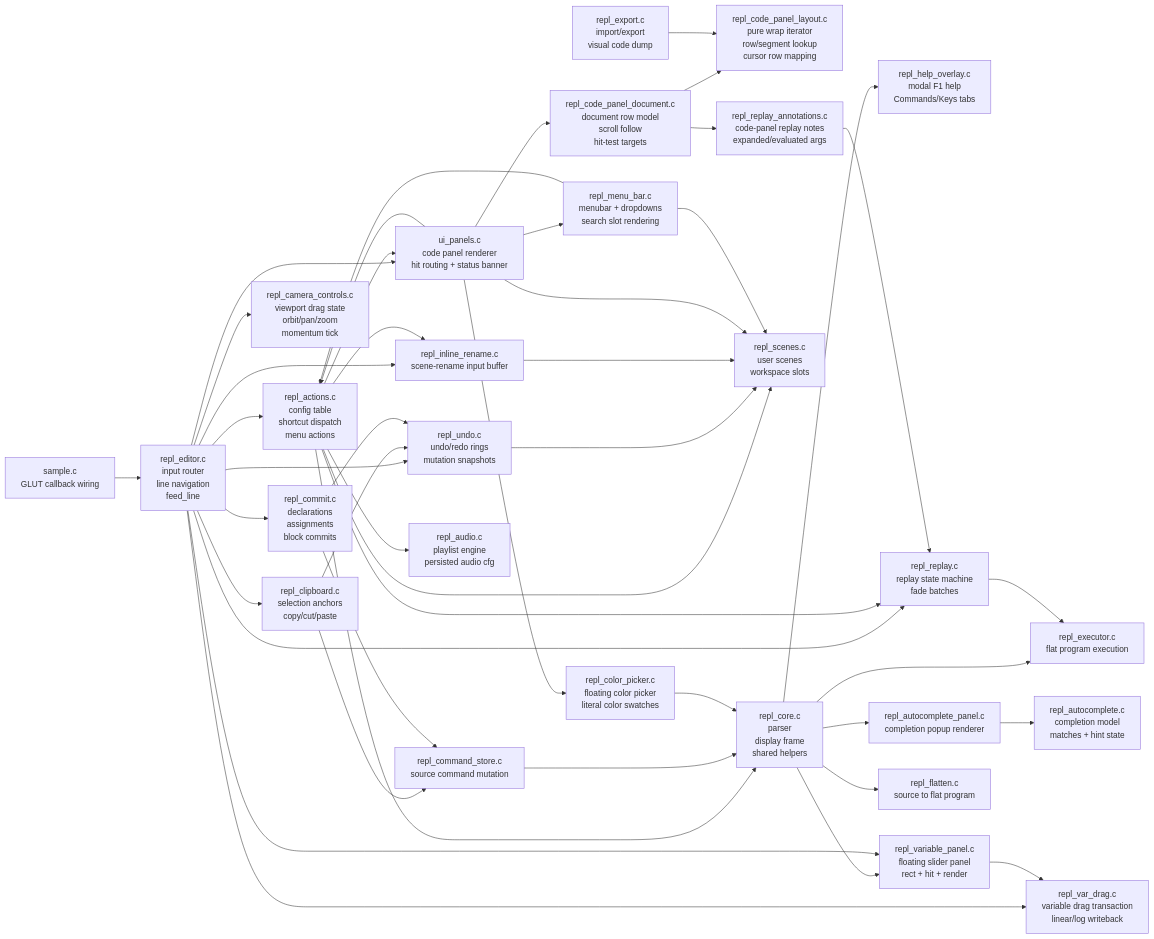
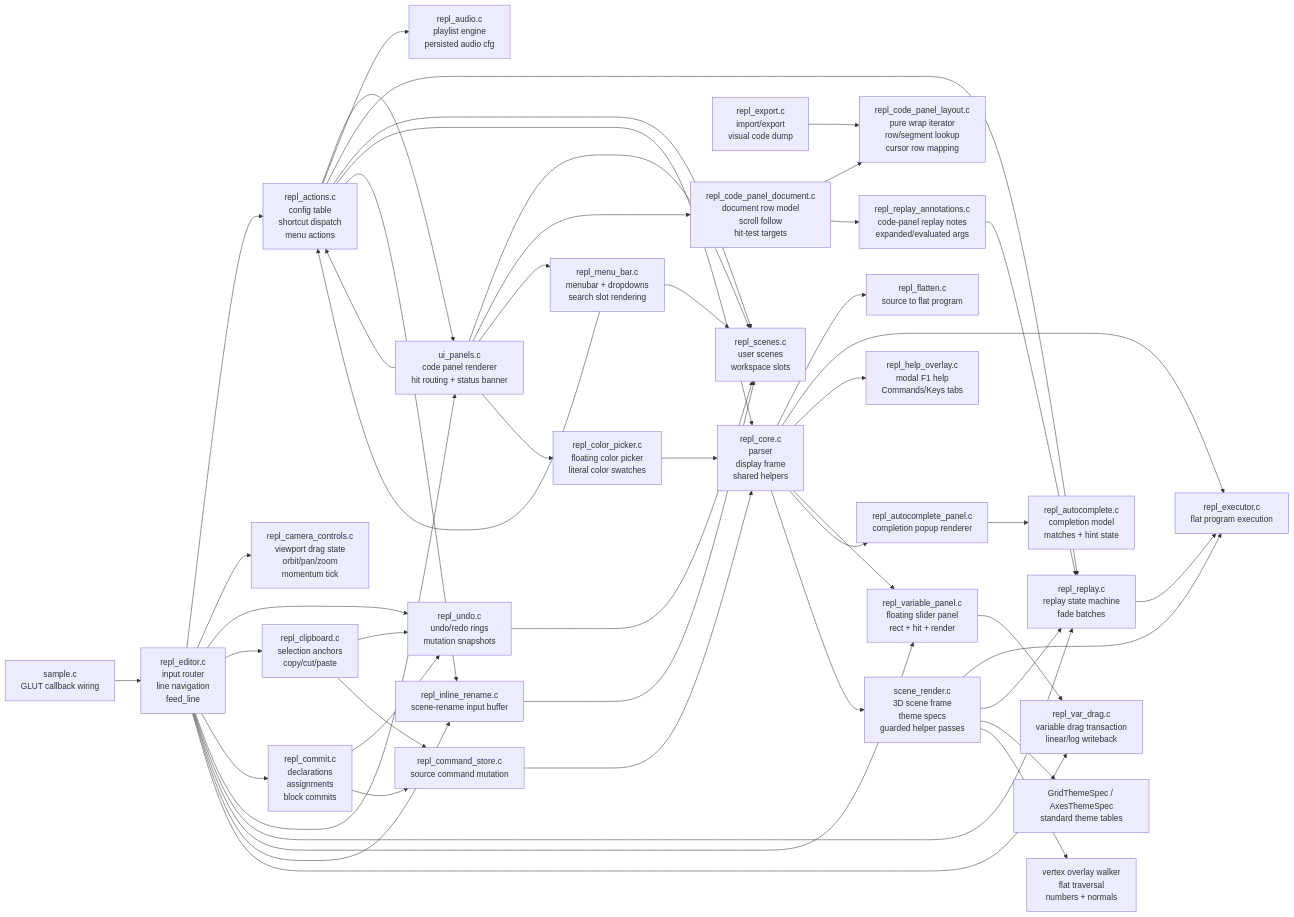
One commit to drewwoods/gl-repl changed the diagram in REPL_REFACTOR_MAP.md. Above: the diagram before and after it, drawn with Mermaid. The commit also changed other lines of this file and 8 other files, not shown here.

First line of the commit message:
refactor: consolidate scene render helpers

```diff
--- a/REPL_REFACTOR_MAP.md
+++ b/REPL_REFACTOR_MAP.md
@@ -31,6 +31,9 @@
     export["repl_export.c<br/>import/export<br/>visual code dump"]
     audio["repl_audio.c<br/>playlist engine<br/>persisted audio cfg"]
     replay["repl_replay.c<br/>replay state machine<br/>fade batches"]
+    scene["scene_render.c<br/>3D scene frame<br/>theme specs<br/>guarded helper passes"]
+    scene_theme["GridThemeSpec / AxesThemeSpec<br/>standard theme tables"]
+    scene_overlay["vertex overlay walker<br/>flat traversal<br/>numbers + normals"]
     scenes["repl_scenes.c<br/>user scenes<br/>workspace slots"]
     core["repl_core.c<br/>parser<br/>display frame<br/>shared helpers"]
     flatten["repl_flatten.c<br/>source to flat program"]
@@ -71,6 +74,11 @@
     rename --> scenes
     varpanel --> vardrag
     replay --> exec
+    core --> scene
+    scene --> exec
+    scene --> replay
+    scene --> scene_theme
+    scene --> scene_overlay
     ui --> actions
     ui --> scenes
     ui --> docrows
```
